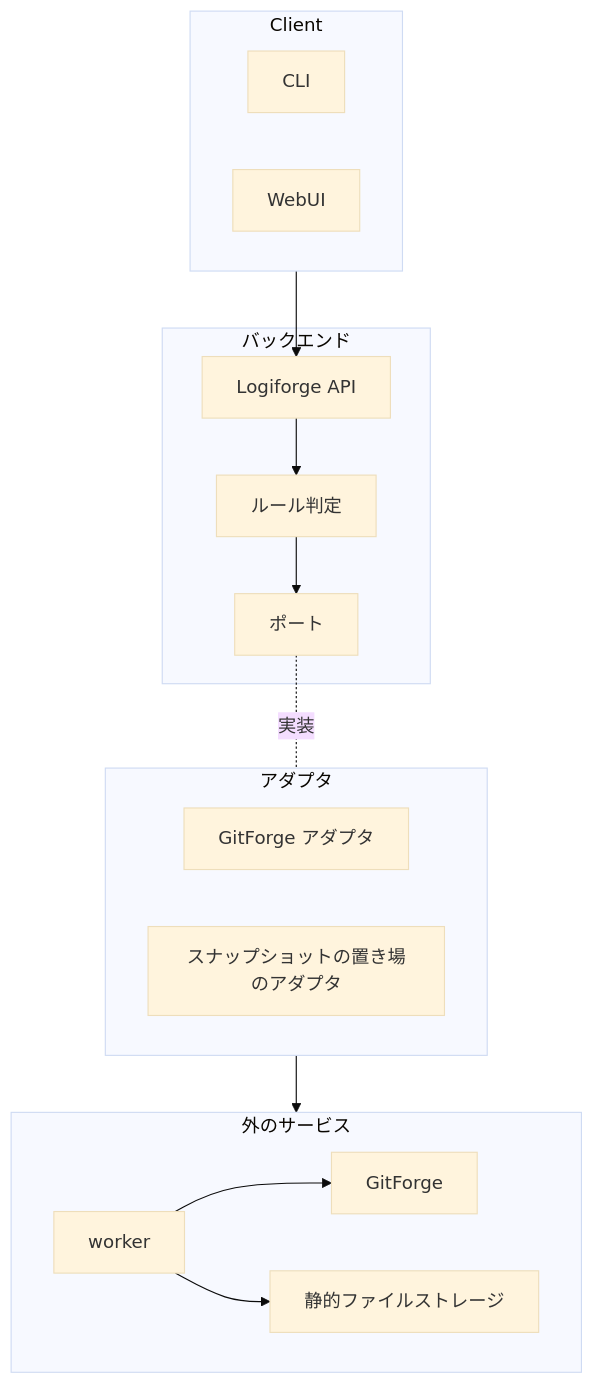
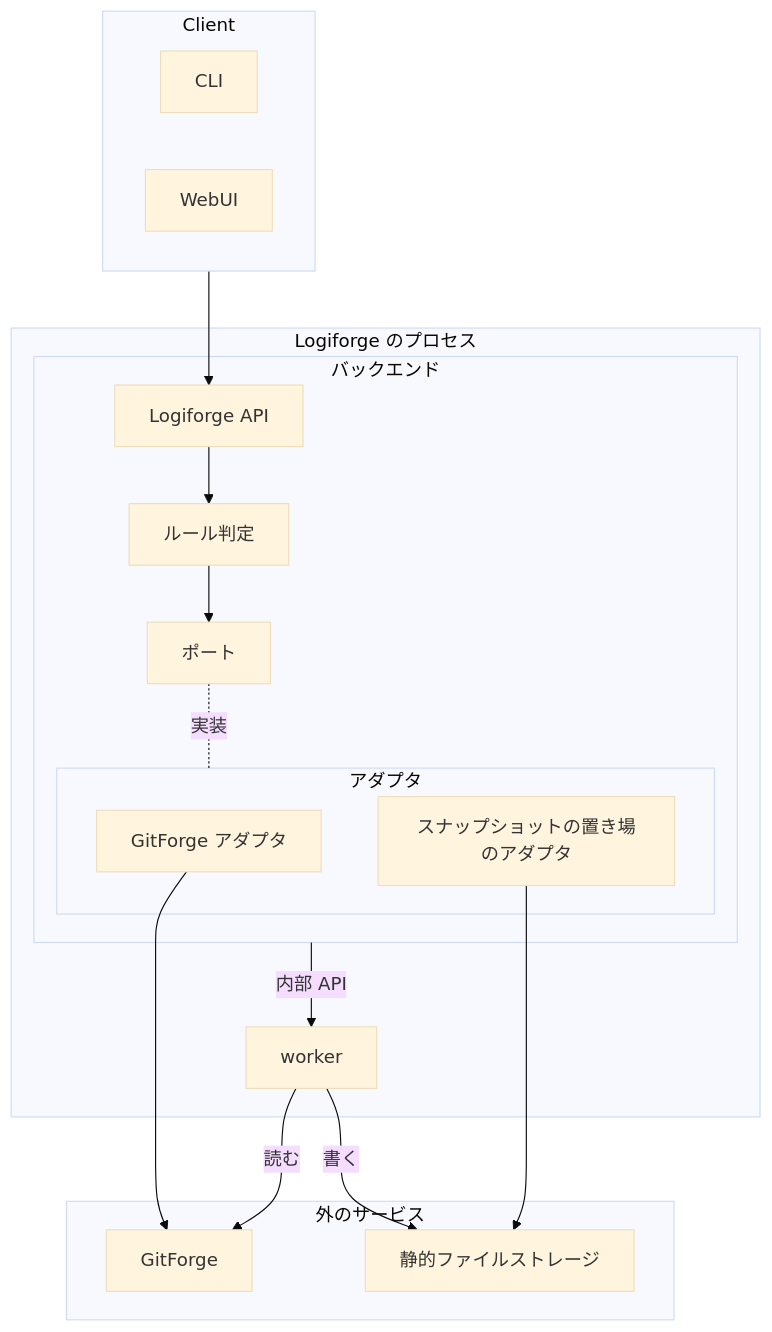
Before and after one commit to yamambainc/logiforge: the diagram in design/architecture.md, drawn with Mermaid (base theme). The commit also changed other lines of this file and 7 other files, not shown here.

````diff
--- a/design/architecture.md
+++ b/design/architecture.md
@@ -8,28 +8,32 @@
 ```mermaid
 flowchart TB
   subgraph CL["Client"]
     CLI["CLI"]
     WEB["WebUI"]
   end
-  subgraph BE["バックエンド"]
-    API["Logiforge API"]
-    RULE["ルール判定"]
-    PT["ポート"]
-  end
-  subgraph AD["アダプタ"]
-    FA["GitForge アダプタ"]
-    SSA["スナップショットの置き場のアダプタ"]
+  subgraph LP["Logiforge のプロセス"]
+    subgraph BE["バックエンド"]
+      API["Logiforge API"]
+      RULE["ルール判定"]
+      PT["ポート"]
+      subgraph AD["アダプタ"]
+        FA["GitForge アダプタ"]
+        SSA["スナップショットの置き場のアダプタ"]
+      end
+    end
+    W["worker"]
   end
   subgraph EX["外のサービス"]
-    W["worker"]
     FG["GitForge"]
     OBJ["静的ファイルストレージ"]
   end
   CL --> API
   API --> RULE
   RULE --> PT
   PT -.-|実装| AD
-  AD --> EX
-  W --> FG
-  W --> OBJ
+  BE -->|内部 API| W
+  FA --> FG
+  SSA --> OBJ
+  W -->|読む| FG
+  W -->|書く| OBJ
 ```
````
